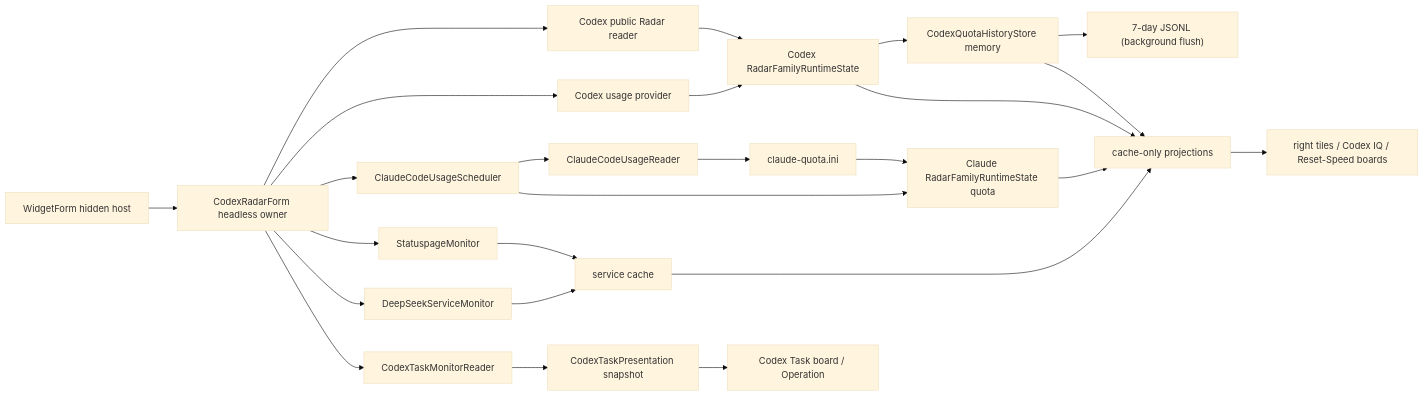
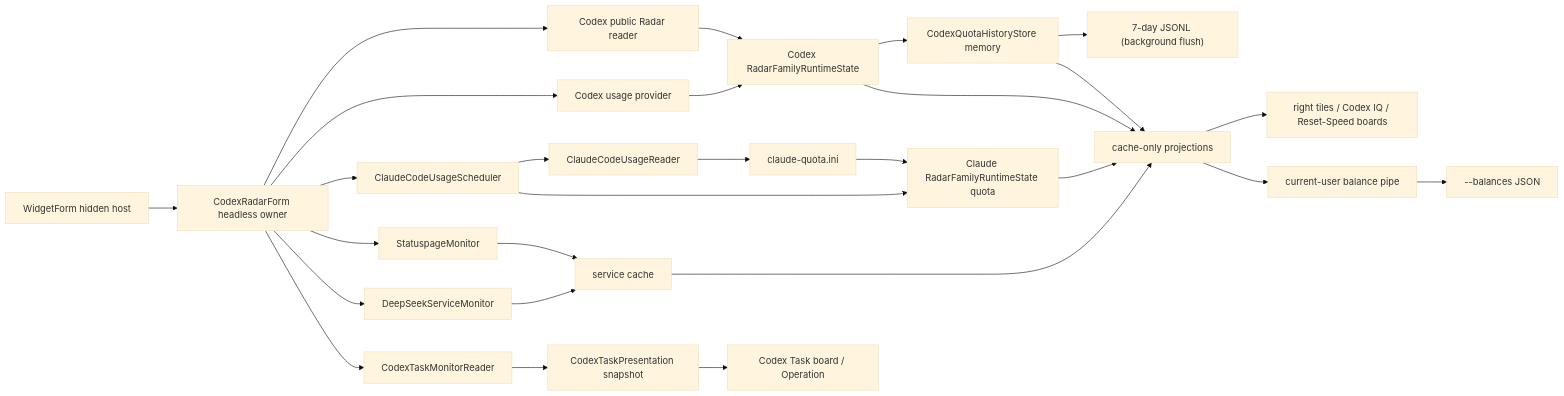
The diagram in Docs/CodexRadar-Architecture.md (AFT-Sakee01/DesktopCodexAssistant), drawn with Mermaid (base theme) before and after one commit. The commit also changed other lines of this file and 27 other files, not shown here.

````diff
--- a/Docs/CodexRadar-Architecture.md
+++ b/Docs/CodexRadar-Architecture.md
@@ -45,27 +46,29 @@
 ```mermaid
 flowchart LR
     A["WidgetForm hidden host"] --> B["CodexRadarForm headless owner"]
     B --> C["Codex public Radar reader"]
     B --> D["Codex usage provider"]
     B --> E["ClaudeCodeUsageScheduler"]
     E --> F["ClaudeCodeUsageReader"]
     F --> G["claude-quota.ini"]
     B --> H["StatuspageMonitor"]
     B --> I["DeepSeekServiceMonitor"]
     B --> J["CodexTaskMonitorReader"]
     C --> K["Codex RadarFamilyRuntimeState"]
     D --> K
     E --> L["Claude RadarFamilyRuntimeState quota"]
     G --> L
     H --> M["service cache"]
     I --> M
     K --> R["CodexQuotaHistoryStore memory"]
     R --> S["7-day JSONL (background flush)"]
     K --> N["cache-only projections"]
     R --> N
     L --> N
     M --> N
     J --> O["CodexTaskPresentation snapshot"]
     N --> P["right tiles / Codex IQ / Reset-Speed boards"]
+    N --> T["current-user balance pipe"]
+    T --> U["--balances JSON"]
     O --> Q["Codex Task board / Operation"]
 ```
````
